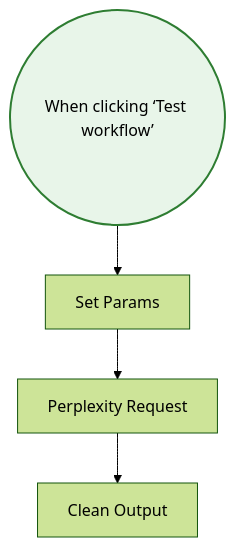
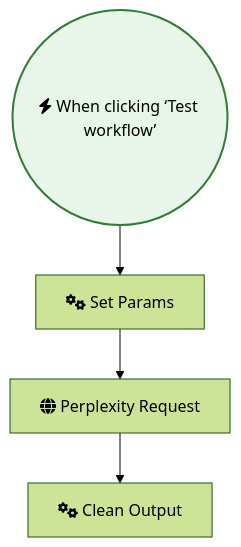
One commit to sreyash3105/N8N-DEMO-AUTOMATIONS changed the diagram in AI_Research_RAG_and_Data_Analysis/Query Perplexity AI from your n8n workflows.md. Above: the diagram before and after it, drawn with Mermaid (forest theme). The commit also changed 291 other files, not shown here.

````diff
--- a/AI_Research_RAG_and_Data_Analysis/Query Perplexity AI from your n8n workflows.md
+++ b/AI_Research_RAG_and_Data_Analysis/Query Perplexity AI from your n8n workflows.md
@@ -1,15 +1,15 @@
 ```mermaid
 graph TD
     classDef trigger fill:#e8f5e9,stroke:#2e7d32,stroke-width:2px;
     classDef ai fill:#e3f2fd,stroke:#1565c0,stroke-width:2px;
     classDef logic fill:#fff3e0,stroke:#ef6c00,stroke-width:2px;
 
-    When_clicking__Test_workflow_(("When clicking ‘Test workflow’")):::trigger
-    Set_Params["Set Params"]
-    Clean_Output["Clean Output"]
-    Perplexity_Request["Perplexity Request"]
+    When_clicking__Test_workflow_(("fas:fa-bolt When clicking ‘Test workflow’")):::trigger
+    Set_Params["fas:fa-cogs Set Params"]
+    Clean_Output["fas:fa-cogs Clean Output"]
+    Perplexity_Request["fas:fa-globe Perplexity Request"]
 
     Set_Params --> Perplexity_Request
     Perplexity_Request --> Clean_Output
     When_clicking__Test_workflow_ --> Set_Params
 ```
````
